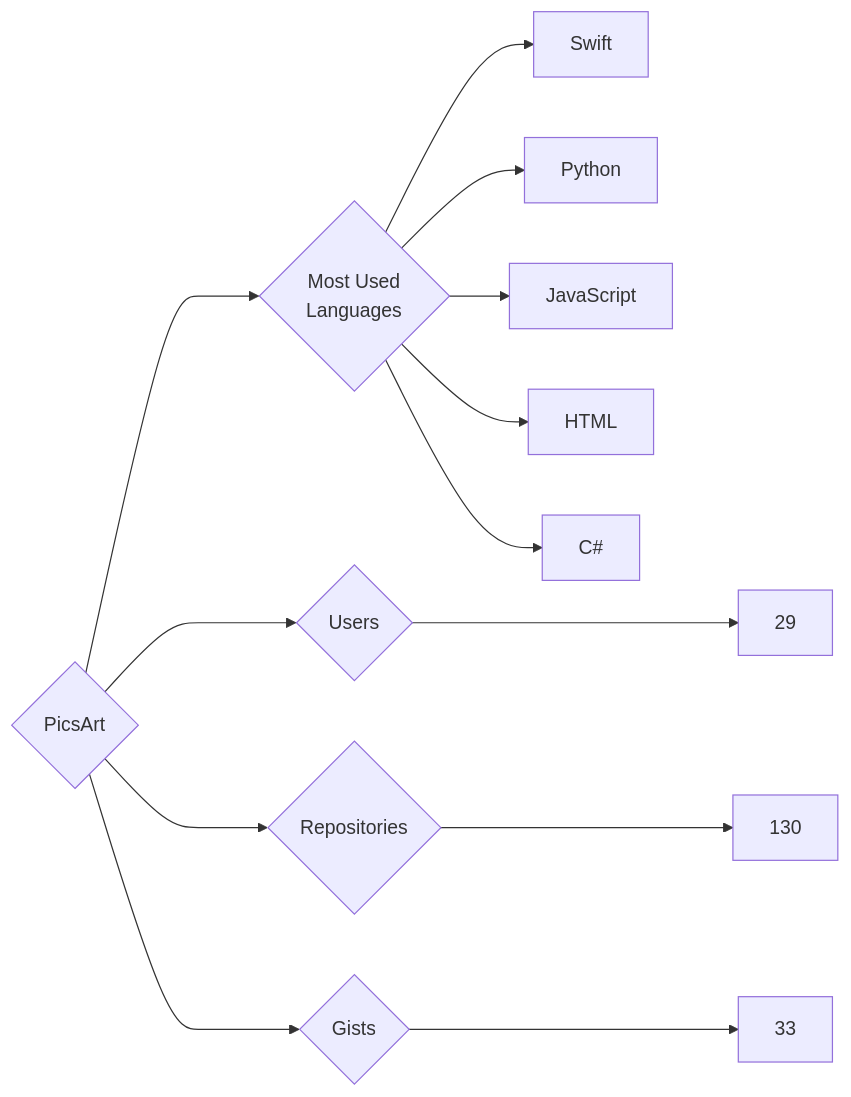
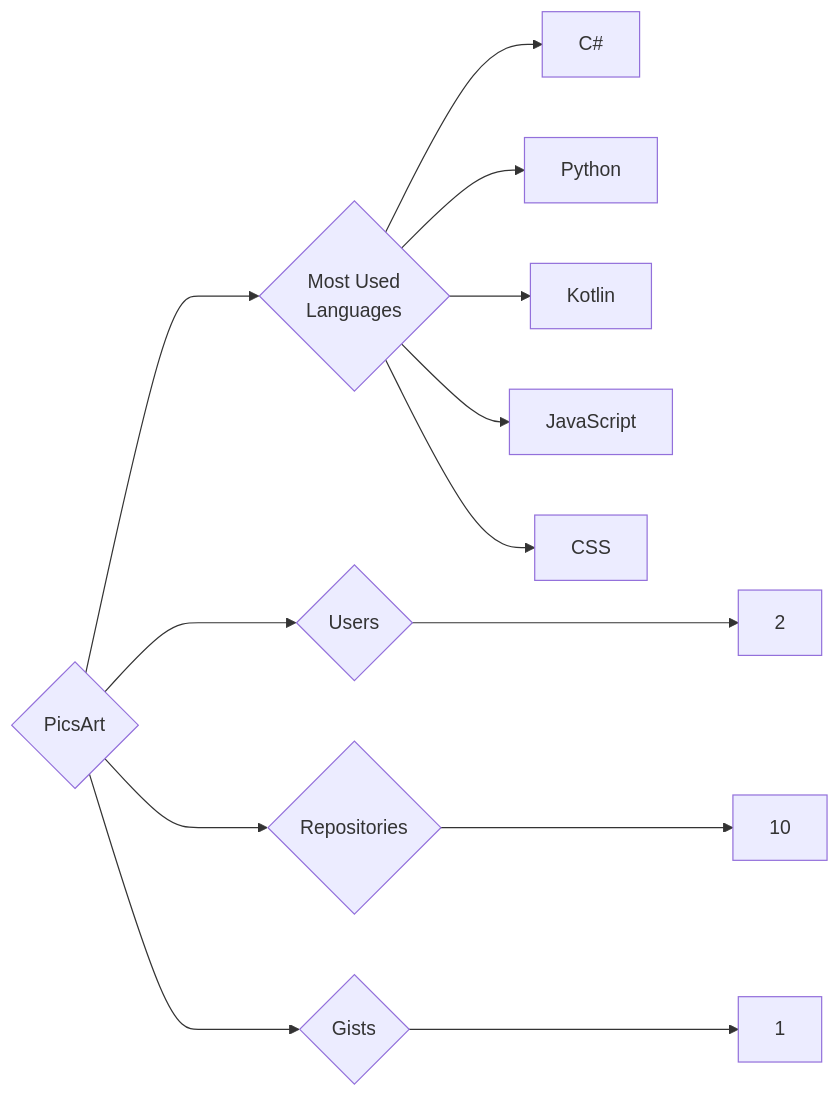
The diagram in targets/PicsArt/README.md (trickest/insiders), drawn with Mermaid before and after one commit. The commit also changed 912 other files, not shown here.

````diff
--- a/targets/PicsArt/README.md
+++ b/targets/PicsArt/README.md
@@ -3,13 +3,13 @@
 ```mermaid
 graph LR
 COMPANY_NAME{PicsArt}
-COMPANY_NAME ---> U{Users} ---> UN[29]
-COMPANY_NAME ---> R{Repositories} ---> RN[130]
-COMPANY_NAME ---> G{Gists} ---> GN[33]
+COMPANY_NAME ---> U{Users} ---> UN[2]
+COMPANY_NAME ---> R{Repositories} ---> RN[10]
+COMPANY_NAME ---> G{Gists} ---> GN[1]
 COMPANY_NAME ---> ML{Most Used<br>Languages}
-ML --> Swift[Swift]
+ML --> C#[C#]
 ML --> Python[Python]
+ML --> Kotlin[Kotlin]
 ML --> JavaScript[JavaScript]
-ML --> HTML[HTML]
-ML --> C#[C#]
+ML --> CSS[CSS]
 ```
````
